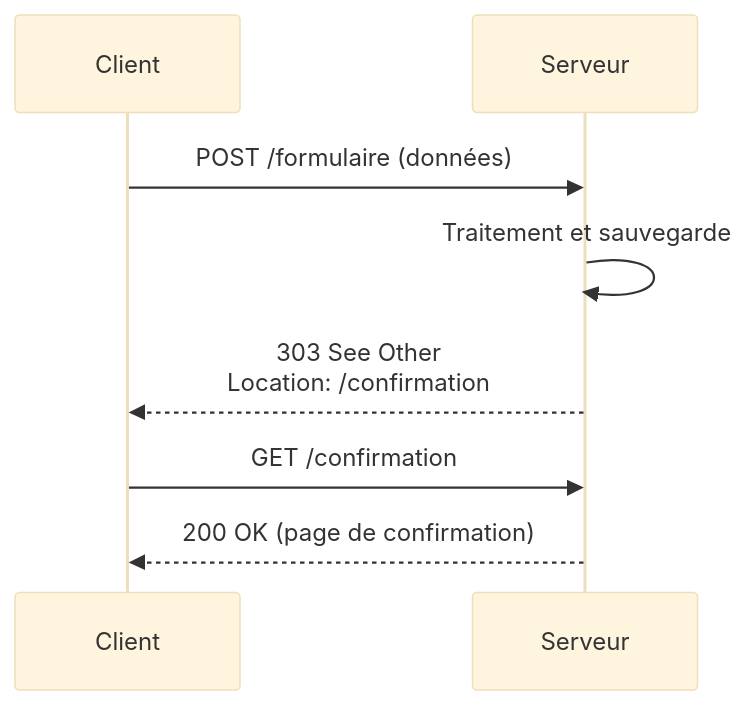
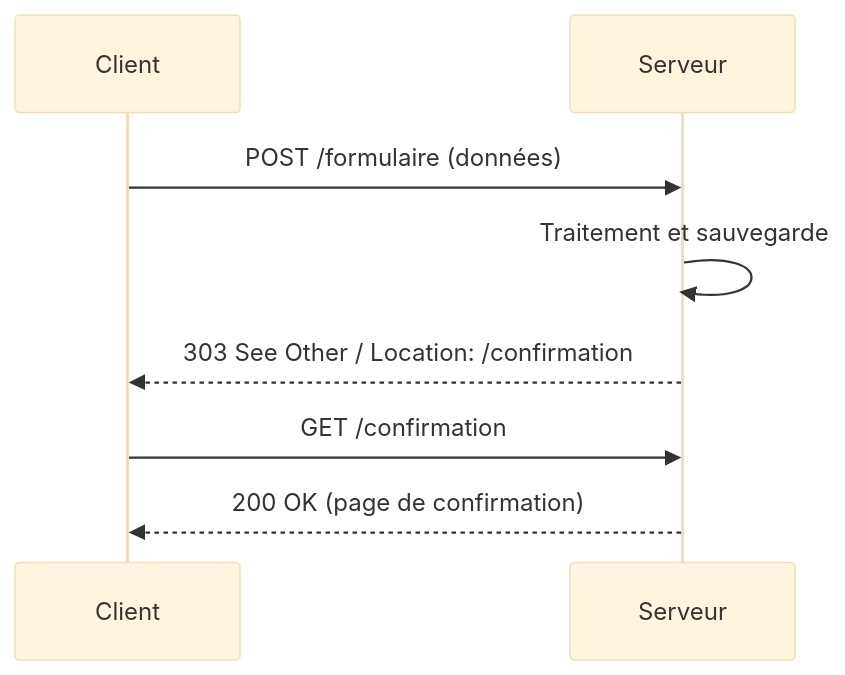
One commit to zyrass/omnydocs changed the second of 6 diagrams in docs/bases/concepts/liste-code-erreur.md. Above: the diagram before and after it, drawn with Mermaid (base theme). The commit also changed other lines of this file and 723 other files, not shown here.

````diff
--- a/docs/bases/concepts/liste-code-erreur.md
+++ b/docs/bases/concepts/liste-code-erreur.md
@@ -314,11 +263,11 @@
     ```mermaid
     sequenceDiagram
         participant Client
         participant Serveur
-        
+
         Client->>Serveur: POST /formulaire (données)
         Serveur->>Serveur: Traitement et sauvegarde
-        Serveur-->>Client: 303 See Other<br/>Location: /confirmation
+        Serveur-->>Client: 303 See Other / Location: /confirmation
         Client->>Serveur: GET /confirmation
         Serveur-->>Client: 200 OK (page de confirmation)
     ```
````
